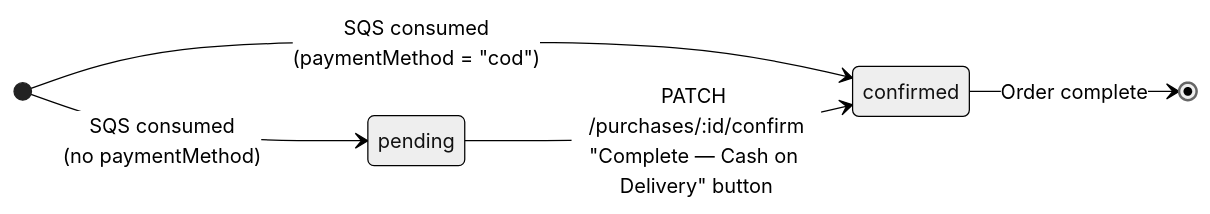
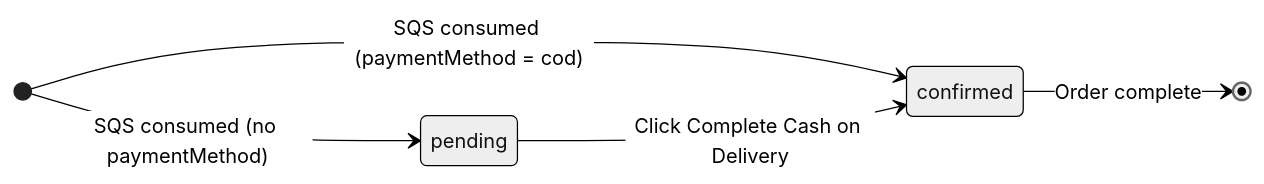
One commit to Kasun002/k8s-micro-service changed the third of 4 diagrams in README.md. Above: the diagram before and after it, drawn with Mermaid (neutral theme). The commit also changed 1 other file, not shown here.

Commit message:
Enhance delivery purchase with caching and admin updates (#2)
* feat: Cache on delivery purchase

- Update FE
- Update API in micro services
- Add Admin for Queue and DB

* fix: Fix Diagram & Product service

- Fix Readme
- Fix Product service

````diff
--- a/README.md
+++ b/README.md
@@ -145,8 +145,8 @@
 ```mermaid
 stateDiagram-v2
     direction LR
-    [*] --> pending : SQS consumed<br/>(no paymentMethod)
-    [*] --> confirmed : SQS consumed<br/>(paymentMethod = "cod")
-    pending --> confirmed : PATCH /purchases/:id/confirm<br/>"Complete — Cash on Delivery" button
+    [*] --> pending : SQS consumed (no paymentMethod)
+    [*] --> confirmed : SQS consumed (paymentMethod = cod)
+    pending --> confirmed : Click Complete Cash on Delivery
     confirmed --> [*] : Order complete
 ```
````
